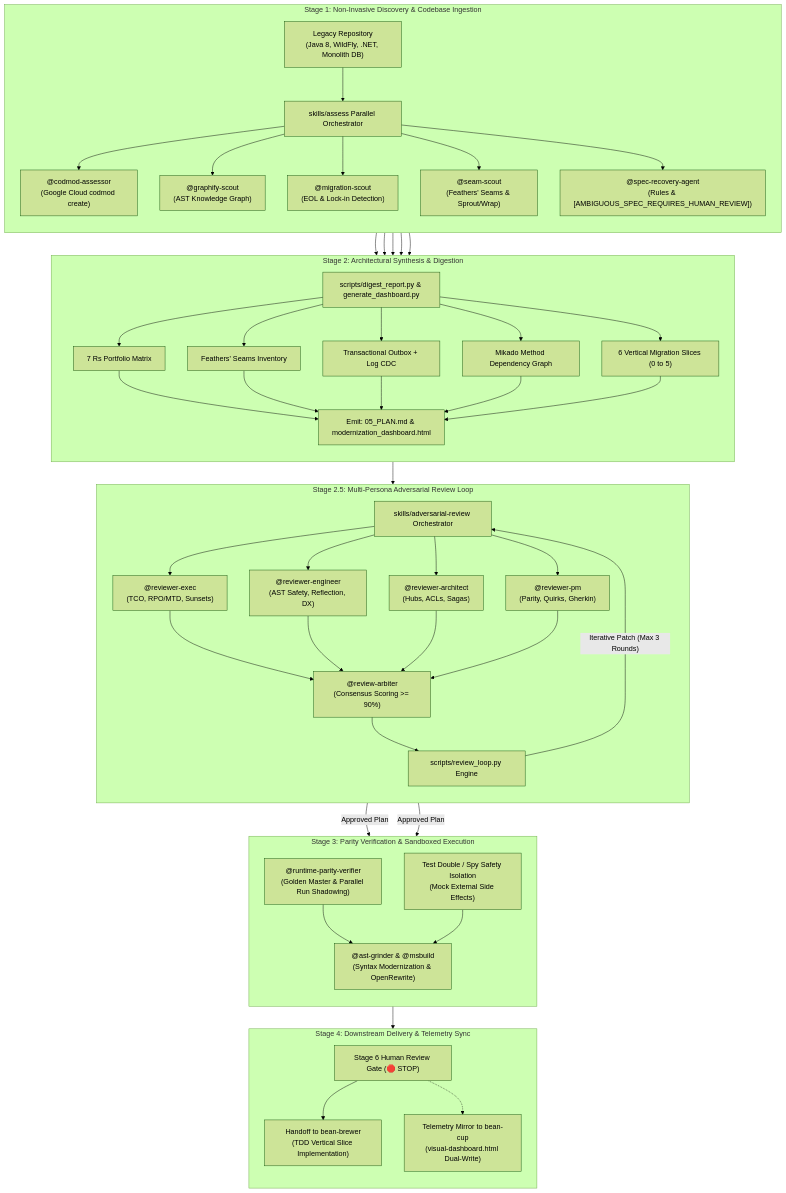
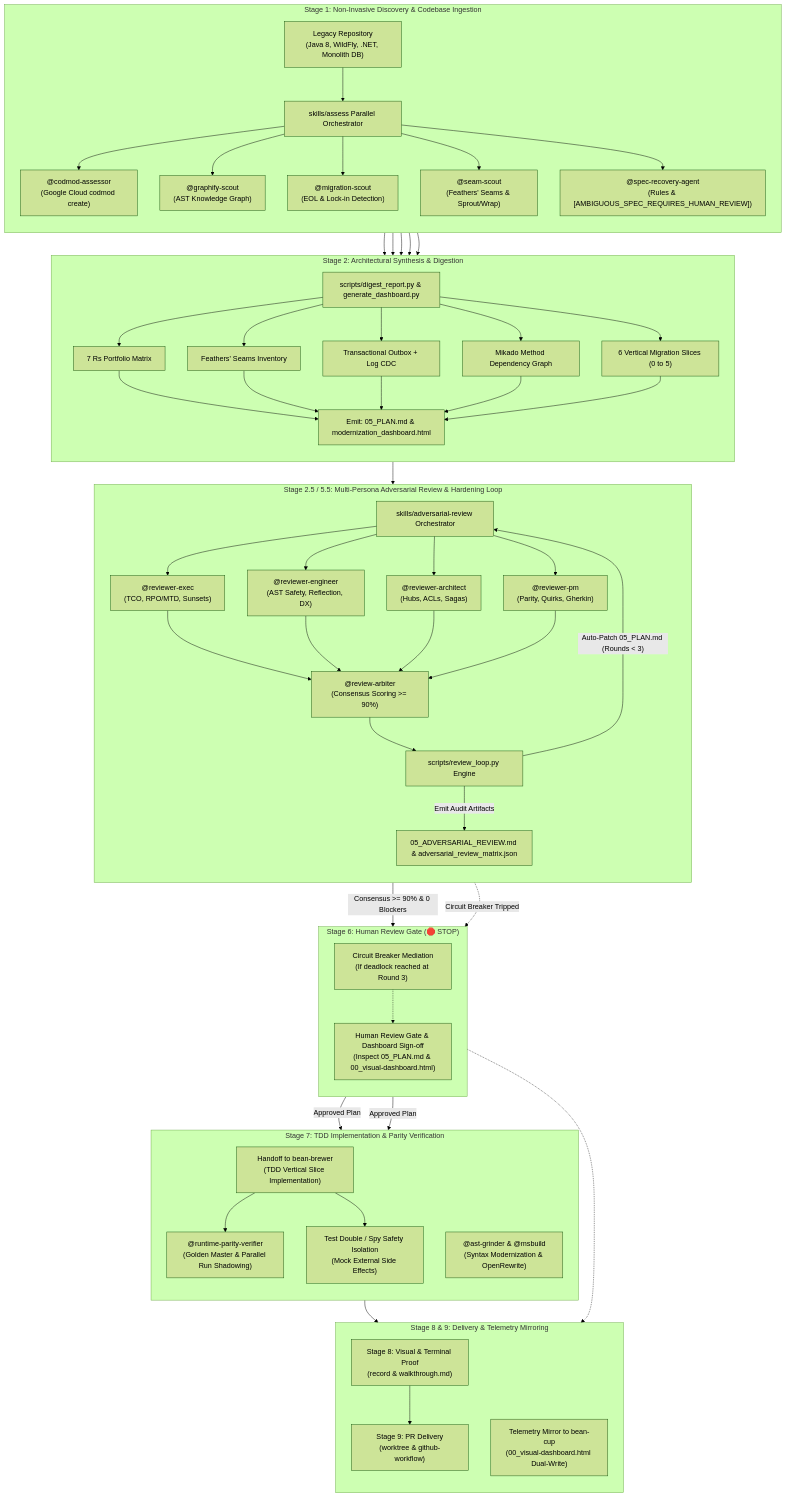
One commit to sapientcoffee/bean-grinder changed the diagram in README.md. Above: the diagram before and after it, drawn with Mermaid (forest theme). The commit also changed other lines of this file and 4 other files, not shown here.

Commit message:
docs(workflows): 📝 update lifecycle flowcharts, 11-tab dashboard references, and assessment protocols

````diff
--- a/README.md
+++ b/README.md
@@ -71,65 +71,78 @@
 ```mermaid
 flowchart TD
     subgraph S1["Stage 1: Non-Invasive Discovery & Codebase Ingestion"]
         direction TB
         LCode["Legacy Repository<br/>(Java 8, WildFly, .NET, Monolith DB)"]
         AssessSkill["skills/assess Parallel Orchestrator"]
         CMod["@codmod-assessor<br/>(Google Cloud codmod create)"]
         GraphS["@graphify-scout<br/>(AST Knowledge Graph)"]
         MigS["@migration-scout<br/>(EOL & Lock-in Detection)"]
         SeamS["@seam-scout<br/>(Feathers' Seams & Sprout/Wrap)"]
         SpecR["@spec-recovery-agent<br/>(Rules & [AMBIGUOUS_SPEC_REQUIRES_HUMAN_REVIEW])"]
         
         LCode --> AssessSkill
         AssessSkill --> CMod & GraphS & MigS & SeamS & SpecR
     end
 
     subgraph S2["Stage 2: Architectural Synthesis & Digestion"]
         direction TB
         DigestCLI["scripts/digest_report.py & generate_dashboard.py"]
         P7R["7 Rs Portfolio Matrix"]
         SeamsInv["Feathers' Seams Inventory"]
         OutboxCDC["Transactional Outbox + Log CDC"]
         MikadoTree["Mikado Method Dependency Graph"]
         Slices["6 Vertical Migration Slices (0 to 5)"]
         ArtifactsPlan["Emit: 05_PLAN.md & modernization_dashboard.html"]
         
         CMod & GraphS & MigS & SeamS & SpecR --> DigestCLI
         DigestCLI --> P7R & SeamsInv & OutboxCDC & MikadoTree & Slices --> ArtifactsPlan
     end
 
-    subgraph S25["Stage 2.5: Multi-Persona Adversarial Review Loop"]
+    subgraph S25["Stage 2.5 / 5.5: Multi-Persona Adversarial Review & Hardening Loop"]
         direction TB
         ReviewSkill["skills/adversarial-review Orchestrator"]
         RevExec["@reviewer-exec<br/>(TCO, RPO/MTD, Sunsets)"]
         RevEng["@reviewer-engineer<br/>(AST Safety, Reflection, DX)"]
         RevArch["@reviewer-architect<br/>(Hubs, ACLs, Sagas)"]
         RevPM["@reviewer-pm<br/>(Parity, Quirks, Gherkin)"]
         Arbiter["@review-arbiter<br/>(Consensus Scoring >= 90%)"]
         ReviewLoopCLI["scripts/review_loop.py Engine"]
+        AuditReport["05_ADVERSARIAL_REVIEW.md & adversarial_review_matrix.json"]
         
         ArtifactsPlan --> ReviewSkill
         ReviewSkill --> RevExec & RevEng & RevArch & RevPM
         RevExec & RevEng & RevArch & RevPM --> Arbiter --> ReviewLoopCLI
-        ReviewLoopCLI -->|"Iterative Patch (Max 3 Rounds)"| ReviewSkill
+        ReviewLoopCLI -->|"Auto-Patch 05_PLAN.md (Rounds < 3)"| ReviewSkill
+        ReviewLoopCLI -->|"Emit Audit Artifacts"| AuditReport
     end
 
-    subgraph S3["Stage 3: Parity Verification & Sandboxed Execution"]
+    subgraph S3["Stage 6: Human Review Gate (🛑 STOP)"]
+        direction TB
+        HumanReview["Human Review Gate & Dashboard Sign-off<br/>(Inspect 05_PLAN.md & 00_visual-dashboard.html)"]
+        CircuitBreakerNotice["Circuit Breaker Mediation<br/>(If deadlock reached at Round 3)"]
+        
+        ReviewLoopCLI -->|"Consensus >= 90% & 0 Blockers"| HumanReview
+        ReviewLoopCLI -.->|"Circuit Breaker Tripped"| CircuitBreakerNotice -.-> HumanReview
+    end
+
+    subgraph S4["Stage 7: TDD Implementation & Parity Verification"]
         direction TB
         ParityVerifier["@runtime-parity-verifier<br/>(Golden Master & Parallel Run Shadowing)"]
         SideEffectShield["Test Double / Spy Safety Isolation<br/>(Mock External Side Effects)"]
         ASTGrinder["@ast-grinder & @msbuild<br/>(Syntax Modernization & OpenRewrite)"]
+        BrewerImpl["Handoff to bean-brewer<br/>(TDD Vertical Slice Implementation)"]
         
-        ReviewLoopCLI -->|"Approved Plan"| ParityVerifier & SideEffectShield --> ASTGrinder
+        HumanReview -->|"Approved Plan"| BrewerImpl & ASTGrinder
+        BrewerImpl --> ParityVerifier & SideEffectShield
     end
 
-    subgraph S4["Stage 4: Downstream Delivery & Telemetry Sync"]
+    subgraph S5["Stage 8 & 9: Delivery & Telemetry Mirroring"]
         direction TB
-        HumanGate["Stage 6 Human Review Gate (🛑 STOP)"]
-        HandoffBrewer["Handoff to bean-brewer<br/>(TDD Vertical Slice Implementation)"]
-        CupMirror["Telemetry Mirror to bean-cup<br/>(visual-dashboard.html Dual-Write)"]
+        Walkthrough["Stage 8: Visual & Terminal Proof<br/>(record & walkthrough.md)"]
+        PRDelivery["Stage 9: PR Delivery<br/>(worktree & github-workflow)"]
+        CupMirror["Telemetry Mirror to bean-cup<br/>(00_visual-dashboard.html Dual-Write)"]
         
-        ASTGrinder --> HumanGate --> HandoffBrewer
-        HumanGate -.-> CupMirror
+        ParityVerifier --> Walkthrough --> PRDelivery
+        HumanReview -.-> CupMirror
     end
 ```
````
